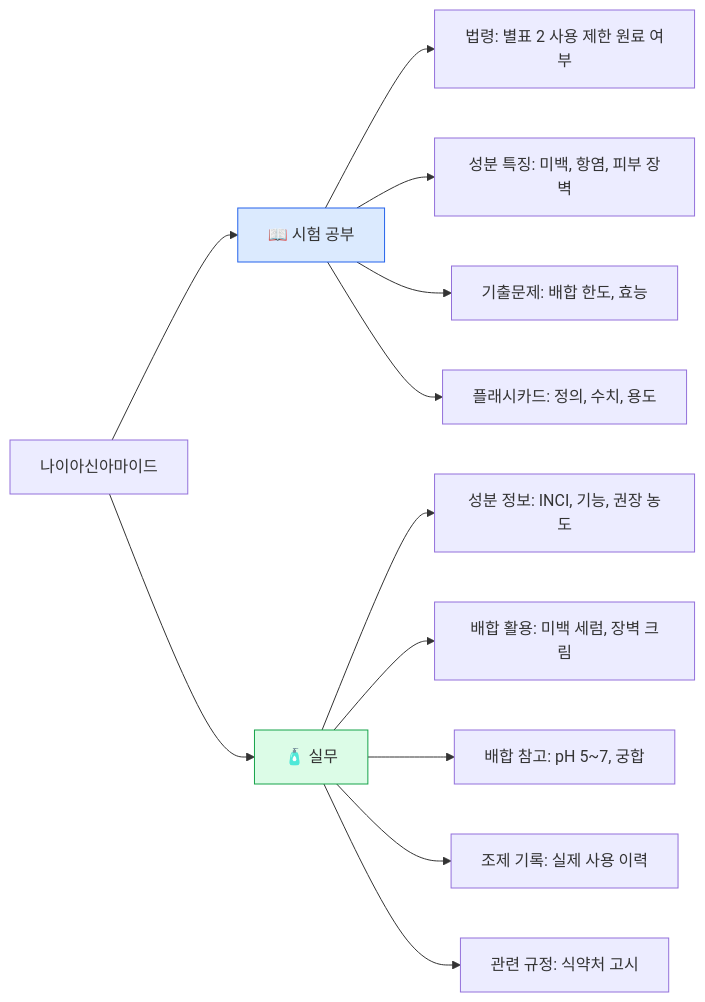
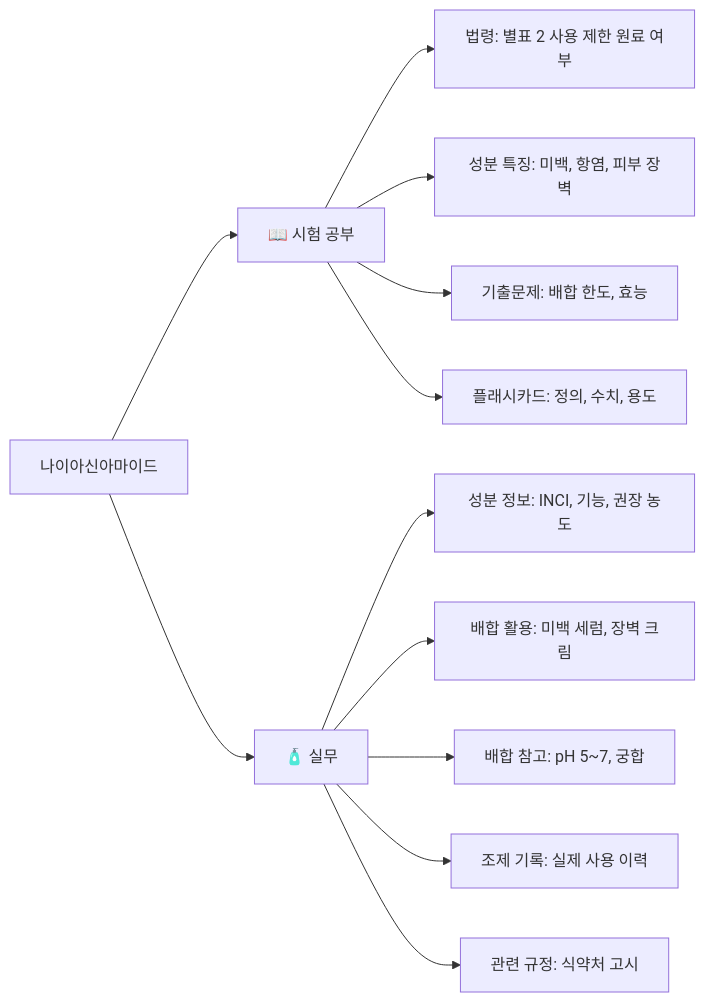
One commit to skygoldlee-cyber/Personalized_Skincare changed the fifth of 10 diagrams in docs/dev/PASS_TO_PRACTICE_STRATEGY.md. Above: the diagram before and after it, drawn with Mermaid. The commit also changed other lines of this file and 1 other file, not shown here.

First line of the commit message:
docs: Mermaid 다크모드 대비 문제 해결 — style 지시자 제거

````diff
--- a/docs/dev/PASS_TO_PRACTICE_STRATEGY.md
+++ b/docs/dev/PASS_TO_PRACTICE_STRATEGY.md
@@ -306,17 +301,15 @@
 ```mermaid
 graph LR
     ROOT["나이아신아마이드"] --> EXAM["📖 시험 공부"]
     ROOT --> PRACTICE["🧴 실무"]
     EXAM --> E1["법령: 별표 2 사용 제한 원료 여부"]
     EXAM --> E2["성분 특징: 미백, 항염, 피부 장벽"]
     EXAM --> E3["기출문제: 배합 한도, 효능"]
     EXAM --> E4["플래시카드: 정의, 수치, 용도"]
     PRACTICE --> P1["성분 정보: INCI, 기능, 권장 농도"]
     PRACTICE --> P2["배합 활용: 미백 세럼, 장벽 크림"]
     PRACTICE --> P3["배합 참고: pH 5~7, 궁합"]
     PRACTICE --> P4["조제 기록: 실제 사용 이력"]
     PRACTICE --> P5["관련 규정: 식약처 고시"]
 
-    style EXAM fill:#dbeafe,stroke:#2563eb
-    style PRACTICE fill:#dcfce7,stroke:#16a34a
 ```
````
